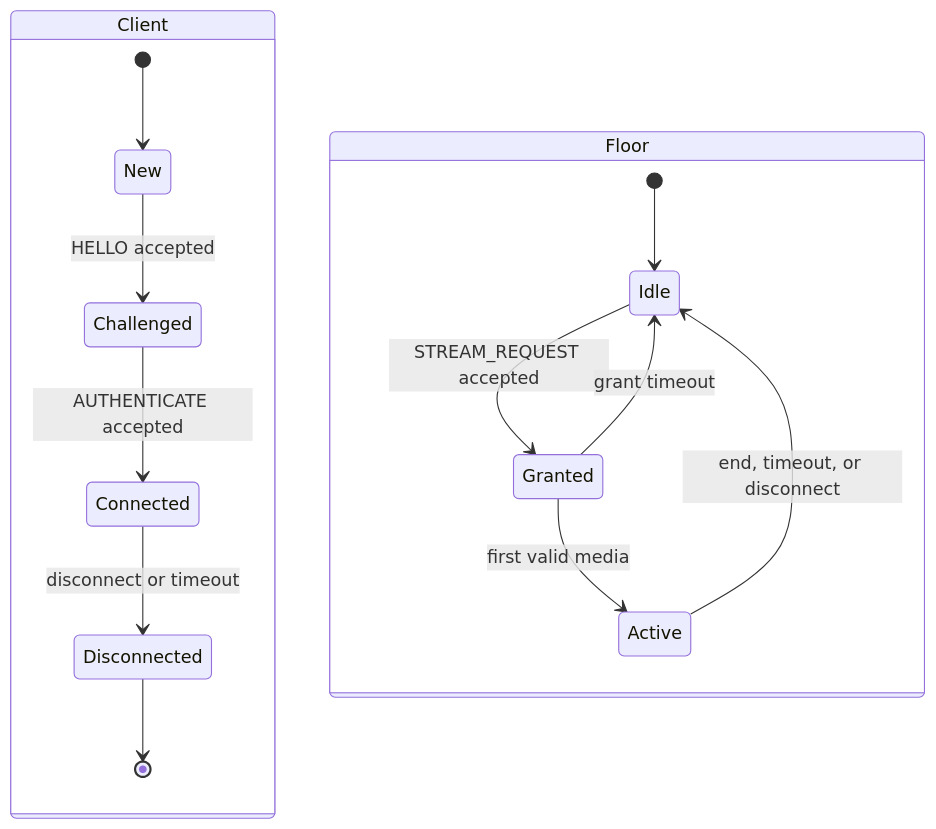
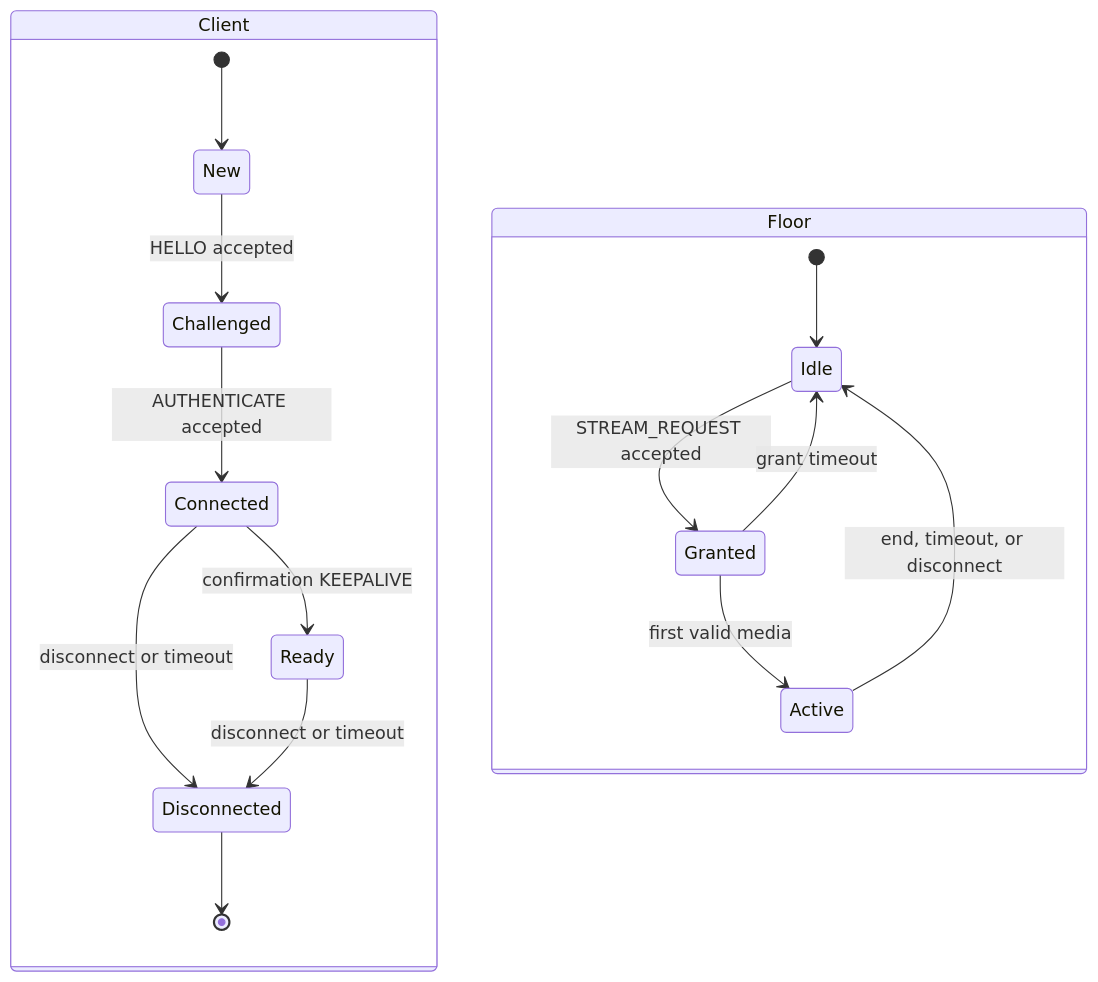
The second of 2 diagrams in docs/architecture.md (dbehnke/opusref), drawn with Mermaid before and after one commit. The commit also changed other lines of this file and 2 other files, not shown here.

````diff
--- a/docs/architecture.md
+++ b/docs/architecture.md
@@ -57,17 +57,19 @@
 ```mermaid
 stateDiagram-v2
     state Client {
         [*] --> New
         New --> Challenged: HELLO accepted
         Challenged --> Connected: AUTHENTICATE accepted
+        Connected --> Ready: confirmation KEEPALIVE
         Connected --> Disconnected: disconnect or timeout
+        Ready --> Disconnected: disconnect or timeout
         Disconnected --> [*]
     }
     state Floor {
         [*] --> Idle
         Idle --> Granted: STREAM_REQUEST accepted
         Granted --> Active: first valid media
         Granted --> Idle: grant timeout
         Active --> Idle: end, timeout, or disconnect
     }
 ```
````
